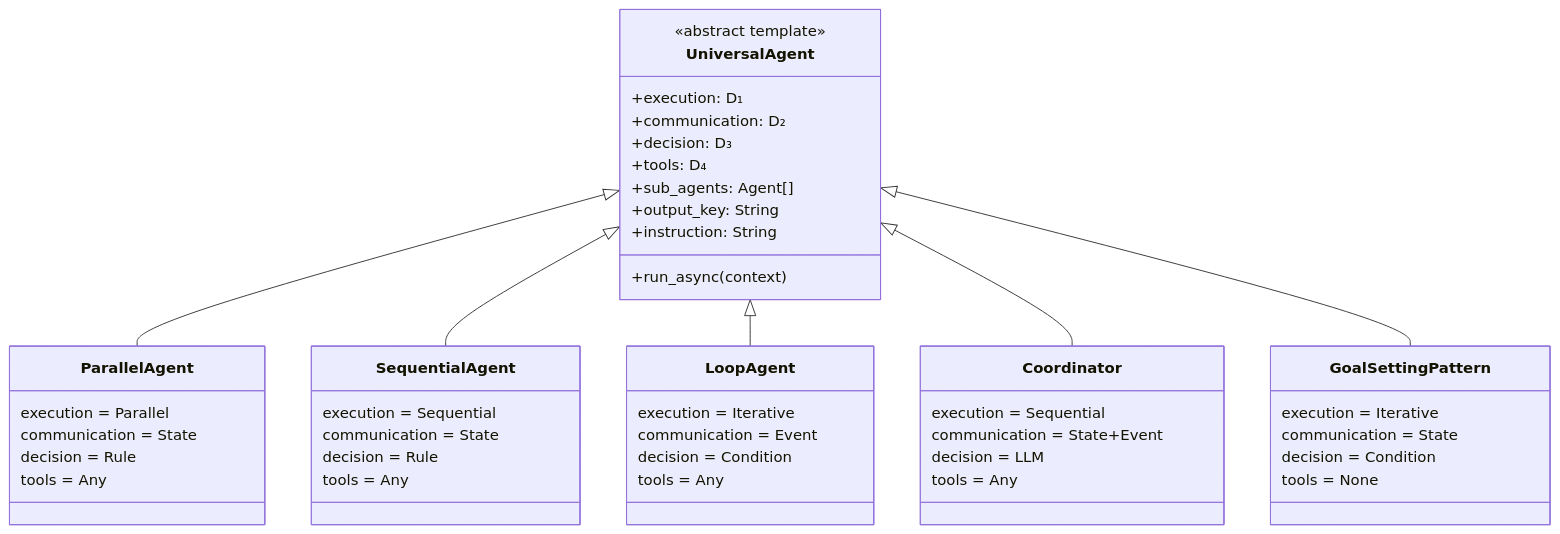
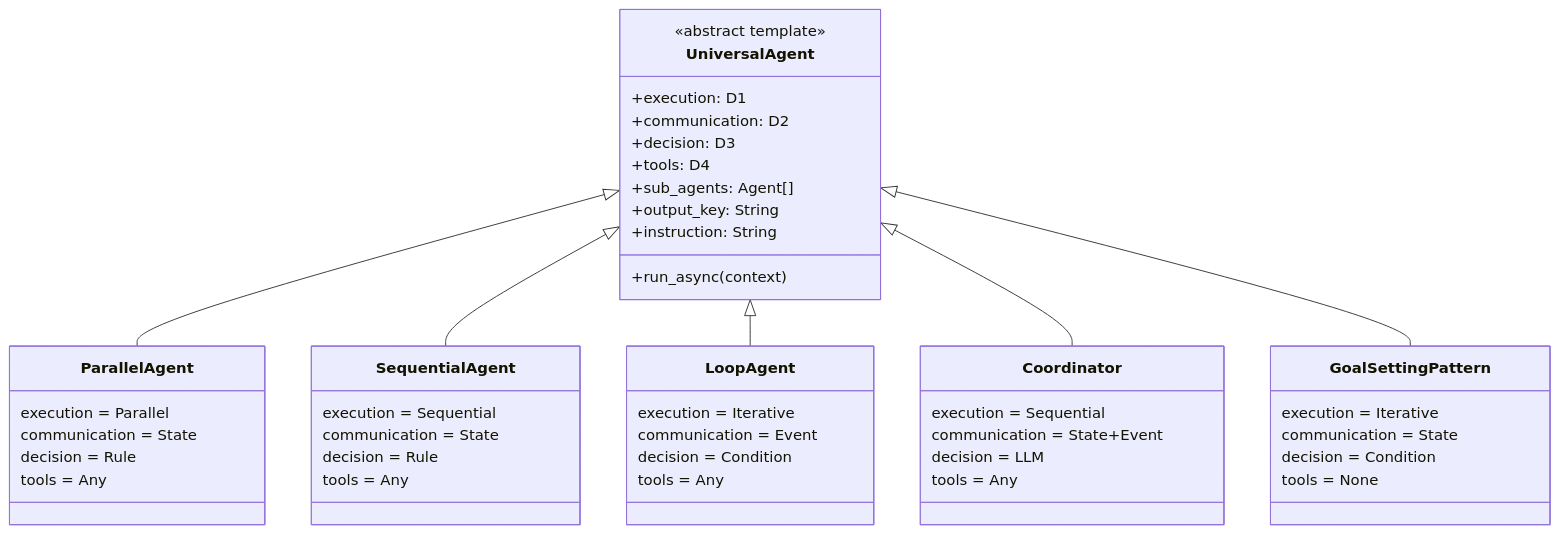
Before and after one commit to xkrajnan/Agentic_Design_Patterns: diagram 27 of 37 in docs/10_UNIFIED_THEORY.md, drawn with Mermaid. The commit also changed other lines of this file, not shown here.

First line of the commit message:
Fix Mermaid diagram rendering by replacing Unicode subscripts

````diff
--- a/docs/10_UNIFIED_THEORY.md
+++ b/docs/10_UNIFIED_THEORY.md
@@ -1428,55 +1428,55 @@
 ```mermaid
 classDiagram
     class UniversalAgent {
         <<abstract template>>
-        +execution: D₁
-        +communication: D₂
-        +decision: D₃
-        +tools: D₄
+        +execution: D1
+        +communication: D2
+        +decision: D3
+        +tools: D4
         +sub_agents: Agent[]
         +output_key: String
         +instruction: String
         +run_async(context)
     }
 
     class ParallelAgent {
         execution = Parallel
         communication = State
         decision = Rule
         tools = Any
     }
 
     class SequentialAgent {
         execution = Sequential
         communication = State
         decision = Rule
         tools = Any
     }
 
     class LoopAgent {
         execution = Iterative
         communication = Event
         decision = Condition
         tools = Any
     }
 
     class Coordinator {
         execution = Sequential
         communication = State+Event
         decision = LLM
         tools = Any
     }
 
     class GoalSettingPattern {
         execution = Iterative
         communication = State
         decision = Condition
         tools = None
     }
 
     UniversalAgent <|-- ParallelAgent
     UniversalAgent <|-- SequentialAgent
     UniversalAgent <|-- LoopAgent
     UniversalAgent <|-- Coordinator
     UniversalAgent <|-- GoalSettingPattern
 ```
````
